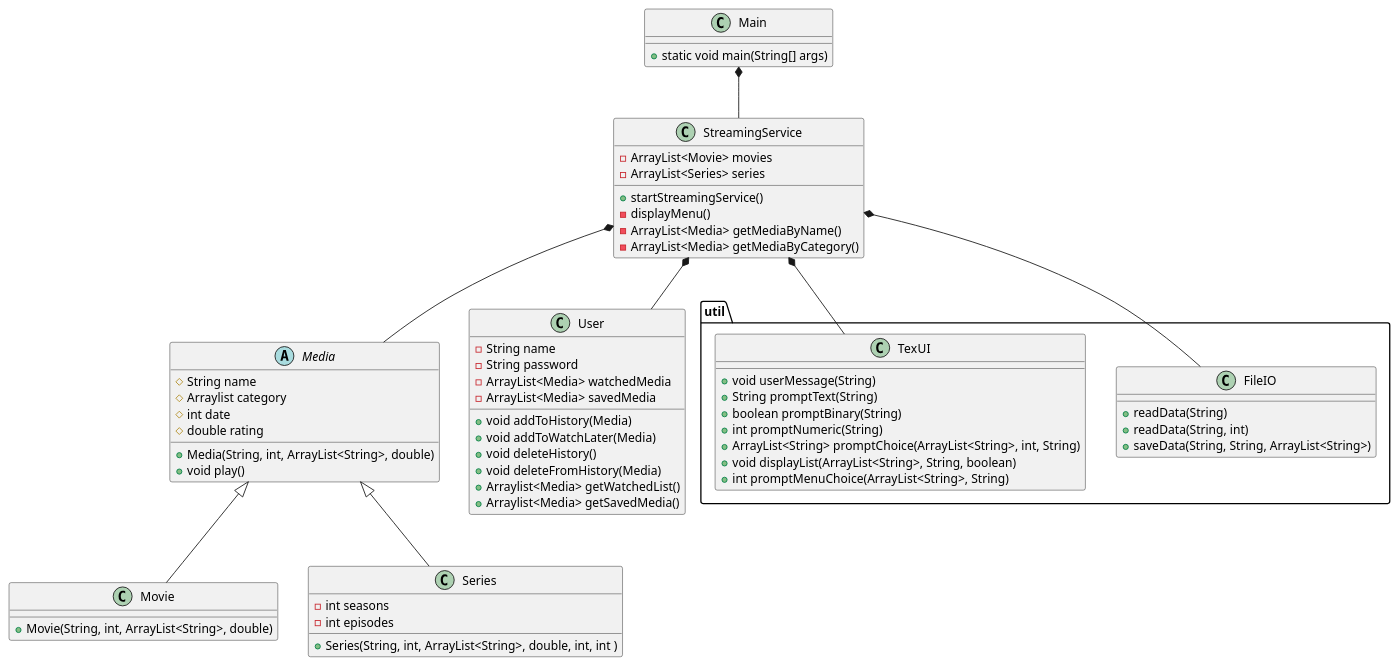
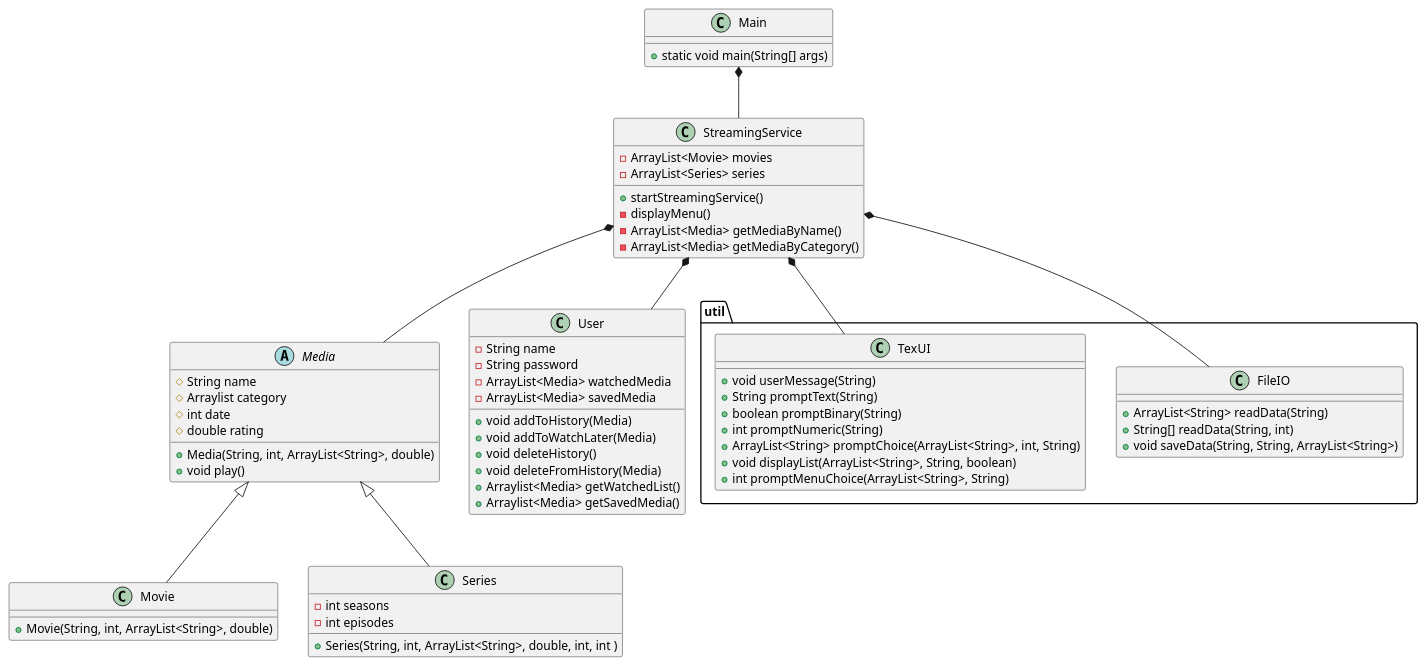
One commit to Studiegruppe-B/SP3-Streamingtjeneste changed the diagram in doc/static/classDiagram.puml. Above: the diagram before and after it, drawn with PlantUML.

Commit message:
Fixed missing return types in FileIO's class diagram.

```diff
--- a/doc/static/classDiagram.puml
+++ b/doc/static/classDiagram.puml
@@ -1,78 +1,78 @@
 @startuml
 class Main{
 + static void main(String[] args)
 
 }
 
 class StreamingService{
 - ArrayList<Movie> movies
 - ArrayList<Series> series
 + startStreamingService()
 - displayMenu()
 - ArrayList<Media> getMediaByName()
 - ArrayList<Media> getMediaByCategory()
 }
 
 
 
 
 abstract class Media{
 # String name
 # Arraylist category
 # int date
 # double rating
 + Media(String, int, ArrayList<String>, double)
 + void play()
 
 }
 
 class Movie{
 + Movie(String, int, ArrayList<String>, double)
 }
 
 class Series{
 + Series(String, int, ArrayList<String>, double, int, int )
 - int seasons
 - int episodes
 }
 
 class User{
 - String name
 - String password
 - ArrayList<Media> watchedMedia
 - ArrayList<Media> savedMedia
 + void addToHistory(Media)
 + void addToWatchLater(Media)
 + void deleteHistory()
 + void deleteFromHistory(Media)
 + Arraylist<Media> getWatchedList()
 + Arraylist<Media> getSavedMedia()
 }
 
 package "util"{
 static class FileIO{
-+ readData(String)
-+ readData(String, int)
-+ saveData(String, String, ArrayList<String>)
++ ArrayList<String> readData(String)
++ String[] readData(String, int)
++ void saveData(String, String, ArrayList<String>)
 }
 
 static class TexUI{
 + void userMessage(String)
 + String promptText(String)
 + boolean promptBinary(String)
 + int promptNumeric(String)
 + ArrayList<String> promptChoice(ArrayList<String>, int, String)
 + void displayList(ArrayList<String>, String, boolean)
 + int promptMenuChoice(ArrayList<String>, String)
 
 }
 }
 
 Main *-- StreamingService
 StreamingService *-- Media
 StreamingService *-- FileIO
 StreamingService *-- TexUI
 StreamingService *-- User
 Media <|-- Movie
 Media <|-- Series
 @enduml
```
